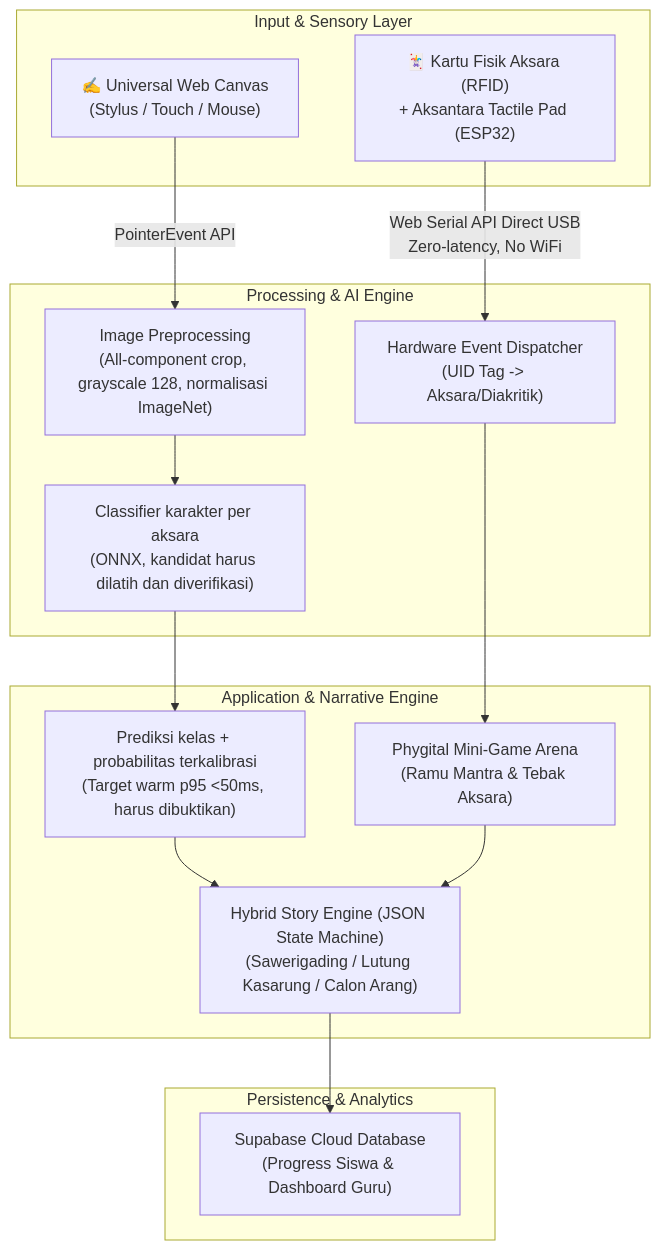
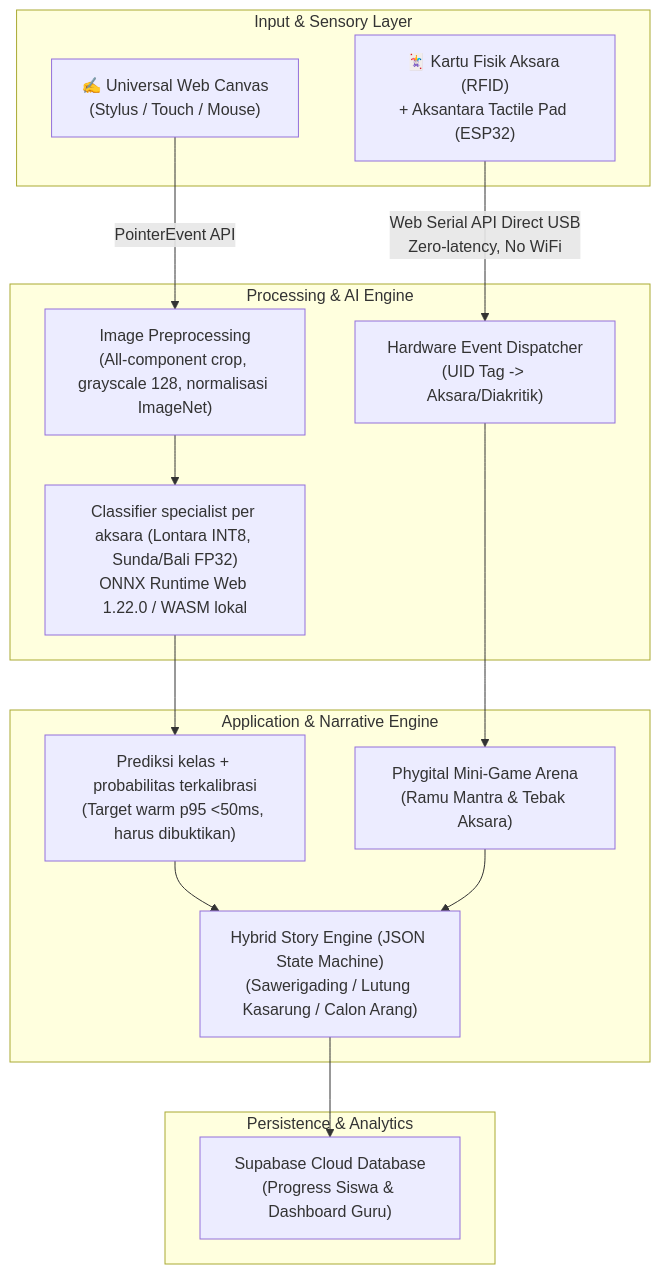
One commit to EvanCN10/aksantara changed the diagram in README.md. Above: the diagram before and after it, drawn with Mermaid. The commit also changed other lines of this file and 28 other files, not shown here.

Commit message:
feat(canvas): integrate in-browser onnx runtime web classifier and studio training catalogue

````diff
--- a/README.md
+++ b/README.md
@@ -34,24 +34,24 @@
 ```mermaid
 flowchart TD
     subgraph Input_Layer ["Input & Sensory Layer"]
         A["✍️ Universal Web Canvas\n(Stylus / Touch / Mouse)"]
         B["🃏 Kartu Fisik Aksara (RFID)\n+ Aksantara Tactile Pad (ESP32)"]
     end
 
     subgraph Processing_Layer ["Processing & AI Engine"]
         A -->|PointerEvent API| C["Image Preprocessing\n(All-component crop, grayscale 128, normalisasi ImageNet)"]
-        C --> D["Classifier karakter per aksara\n(ONNX, kandidat harus dilatih dan diverifikasi)"]
+        C --> D["Classifier specialist per aksara (Lontara INT8, Sunda/Bali FP32)\nONNX Runtime Web 1.22.0 / WASM lokal"]
         B -->|Web Serial API Direct USB\nZero-latency, No WiFi| E["Hardware Event Dispatcher\n(UID Tag -> Aksara/Diakritik)"]
     end
 
     subgraph Core_Engine ["Application & Narrative Engine"]
         D --> F["Prediksi kelas + probabilitas terkalibrasi\n(Target warm p95 <50ms, harus dibuktikan)"]
         E --> G["Phygital Mini-Game Arena\n(Ramu Mantra & Tebak Aksara)"]
         F --> H["Hybrid Story Engine (JSON State Machine)\n(Sawerigading / Lutung Kasarung / Calon Arang)"]
         G --> H
     end
 
     subgraph Persistence ["Persistence & Analytics"]
         H --> I["Supabase Cloud Database\n(Progress Siswa & Dashboard Guru)"]
     end
 ```
````
